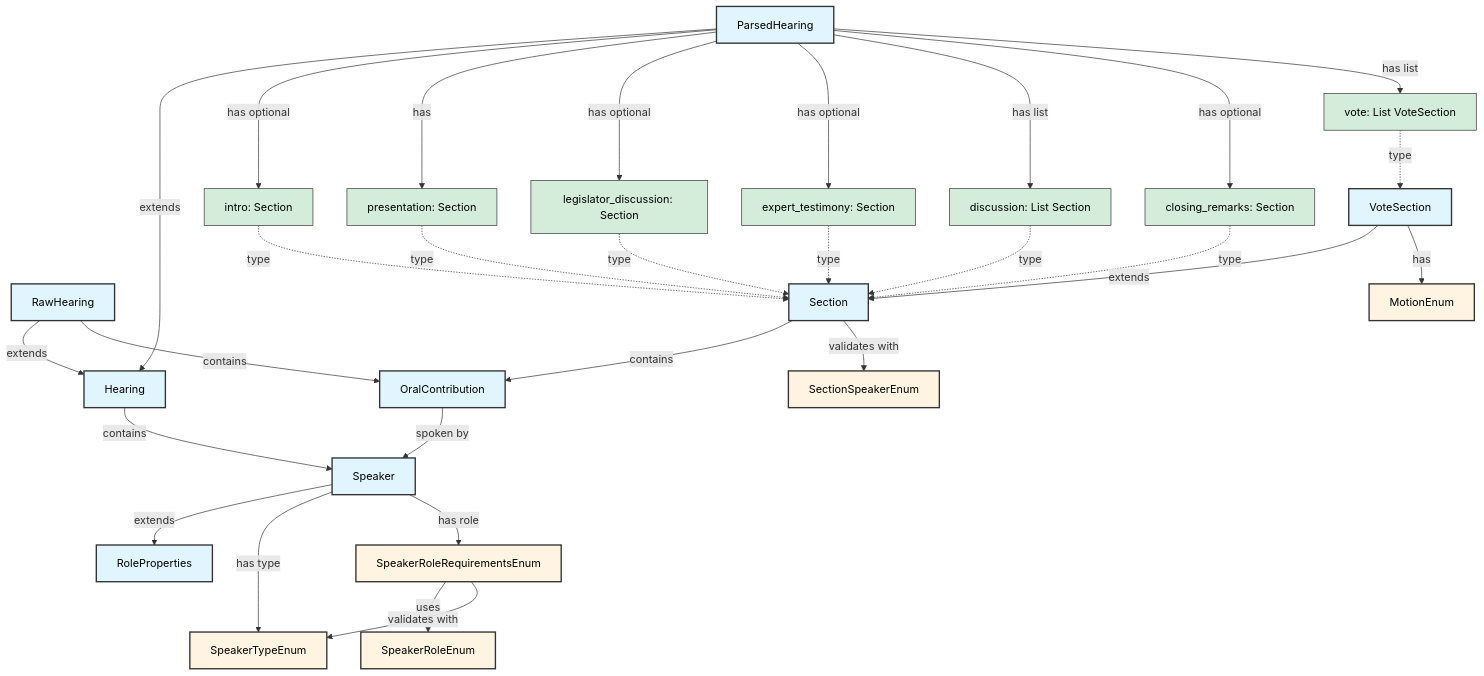
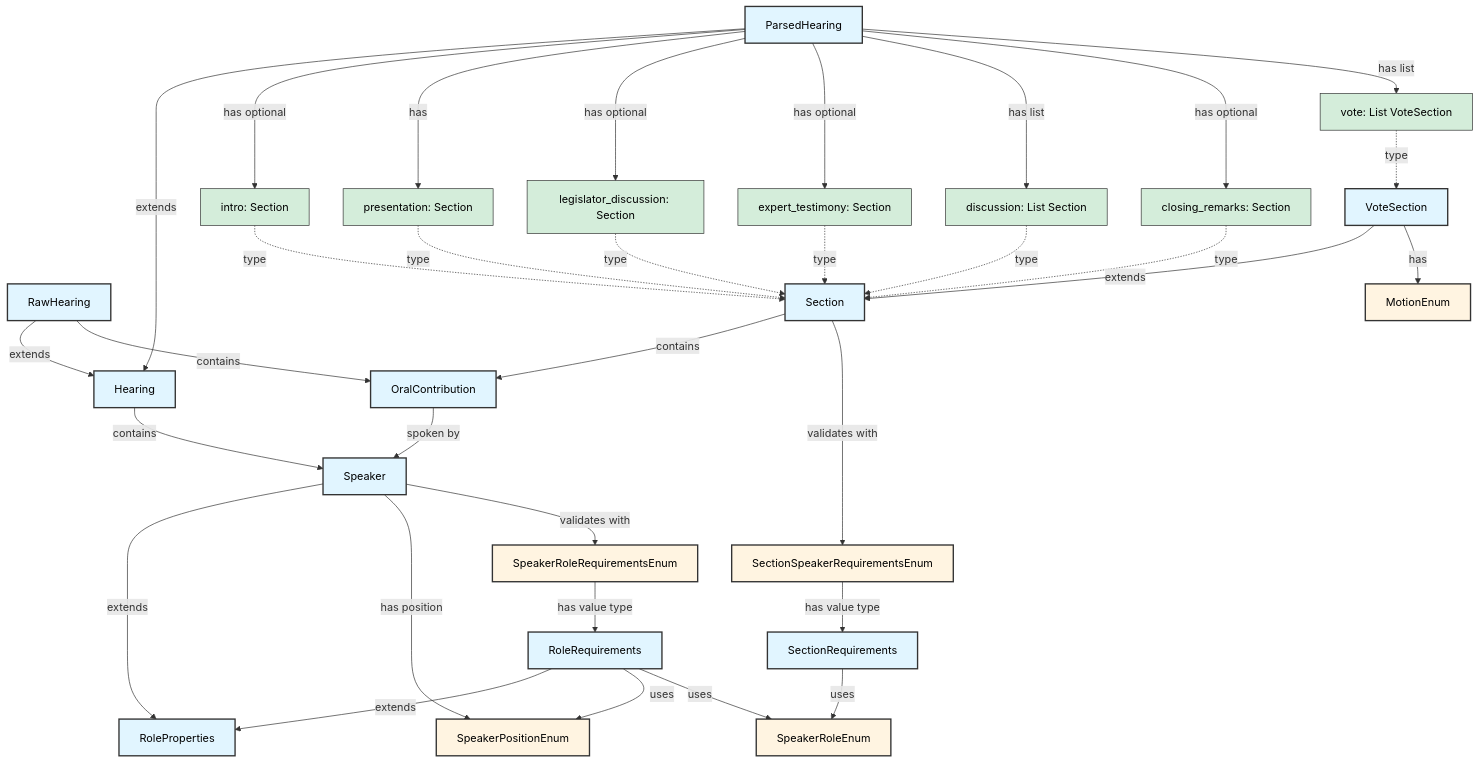
One commit to IsaacFigNewton/CommitteeHearingDiscourseParser changed the second of 2 diagrams in README.md. Above: the diagram before and after it, drawn with Mermaid. The commit also changed other lines of this file and 1 other file, not shown here.

````diff
--- a/README.md
+++ b/README.md
@@ -122,14 +122,16 @@
     VoteSection[VoteSection]
 
     %% Enums
-    SpeakerTypeEnum[SpeakerTypeEnum]
+    SpeakerPositionEnum[SpeakerPositionEnum]
     SpeakerRoleEnum[SpeakerRoleEnum]
     SpeakerRoleRequirementsEnum[SpeakerRoleRequirementsEnum]
-    SectionSpeakerEnum[SectionSpeakerEnum]
+    SectionSpeakerRequirementsEnum[SectionSpeakerRequirementsEnum]
     MotionEnum[MotionEnum]
 
     %% Supporting classes
     RoleProperties[RoleProperties]
+    RoleRequirements[RoleRequirements]
+    SectionRequirements[SectionRequirements]
 
     %% Hearing hierarchy
     RawHearing -->|extends| Hearing
@@ -158,7 +160,7 @@
 
     %% Section relationships
     Section -->|contains| OralContribution
-    Section -->|validates with| SectionSpeakerEnum
+    Section -->|validates with| SectionSpeakerRequirementsEnum
     VoteSection -->|extends| Section
     VoteSection -->|has| MotionEnum
 
@@ -167,19 +169,25 @@
 
     %% Speaker relationships
     Speaker -->|extends| RoleProperties
-    Speaker -->|has type| SpeakerTypeEnum
-    Speaker -->|has role| SpeakerRoleRequirementsEnum
+    Speaker -->|has position| SpeakerPositionEnum
+    Speaker -->|validates with| SpeakerRoleRequirementsEnum
 
     %% Role relationships
-    SpeakerRoleRequirementsEnum -->|uses| SpeakerRoleEnum
-    SpeakerRoleRequirementsEnum -->|validates with| SpeakerTypeEnum
+    SpeakerRoleRequirementsEnum -->|has value type| RoleRequirements
+    RoleRequirements -->|extends| RoleProperties
+    RoleRequirements -->|uses| SpeakerPositionEnum
+    RoleRequirements -->|uses| SpeakerRoleEnum
+
+    %% Section validation relationships
+    SectionSpeakerRequirementsEnum -->|has value type| SectionRequirements
+    SectionRequirements -->|uses| SpeakerRoleEnum
 
     %% Styling
     classDef dataclass fill:#e1f5ff,stroke:#333,stroke-width:2px,color:#000
     classDef enumClass fill:#fff4e1,stroke:#333,stroke-width:2px,color:#000
     classDef sectionNode fill:#d4edda,stroke:#333,stroke-width:1px,color:#000
 
-    class Hearing,RawHearing,ParsedHearing,Section,VoteSection,OralContribution,Speaker,RoleProperties dataclass
-    class SpeakerTypeEnum,SpeakerRoleEnum,SpeakerRoleRequirementsEnum,SectionSpeakerEnum,MotionEnum enumClass
+    class Hearing,RawHearing,ParsedHearing,Section,VoteSection,OralContribution,Speaker,RoleProperties,RoleRequirements,SectionRequirements dataclass
+    class SpeakerPositionEnum,SpeakerRoleEnum,SpeakerRoleRequirementsEnum,SectionSpeakerRequirementsEnum,MotionEnum enumClass
     class intro,presentation,legislator_discussion,expert_testimony,discussion,closing,vote sectionNode
 ```
````
